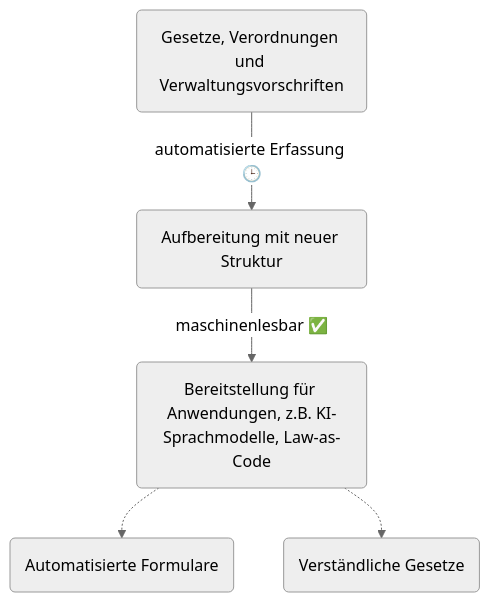
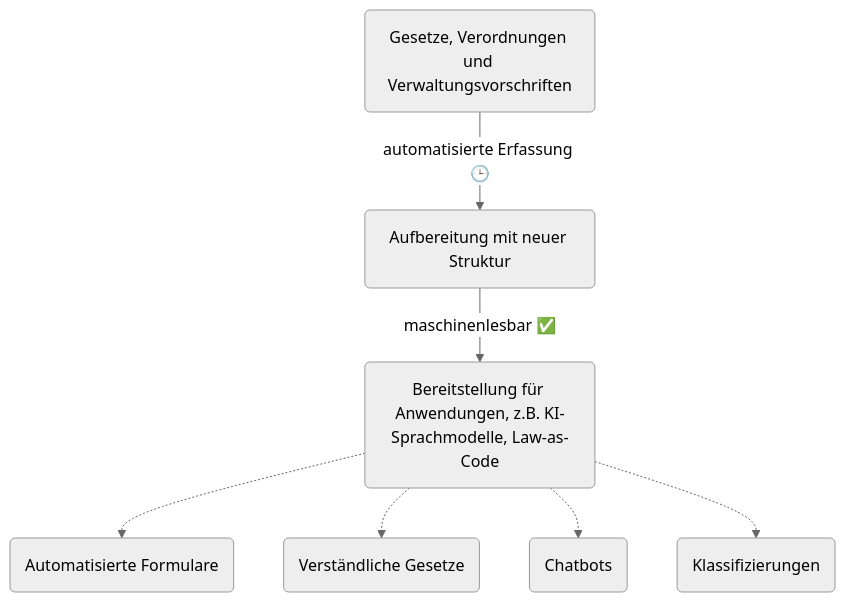
The diagram in slides/02_big-picture.md (stefanmaeder/dotgov), drawn with Mermaid (neutral theme) before and after one commit.

````diff
--- a/slides/02_big-picture.md
+++ b/slides/02_big-picture.md
@@ -1,7 +1,9 @@
 ```mermaid
 flowchart TD
     A(Gesetze, Verordnungen und Verwaltungsvorschriften) -->|automatisierte Erfassung 🕒| B(Aufbereitung mit neuer Struktur)
     B --> |maschinenlesbar ✅| C(Bereitstellung für Anwendungen, z.B. KI-Sprachmodelle, Law-as-Code)
     C -.-> D(Automatisierte Formulare)
     C -.-> E(Verständliche Gesetze)
+    C -.-> F(Chatbots)
+    C -.-> G(Klassifizierungen)
 ```
````
